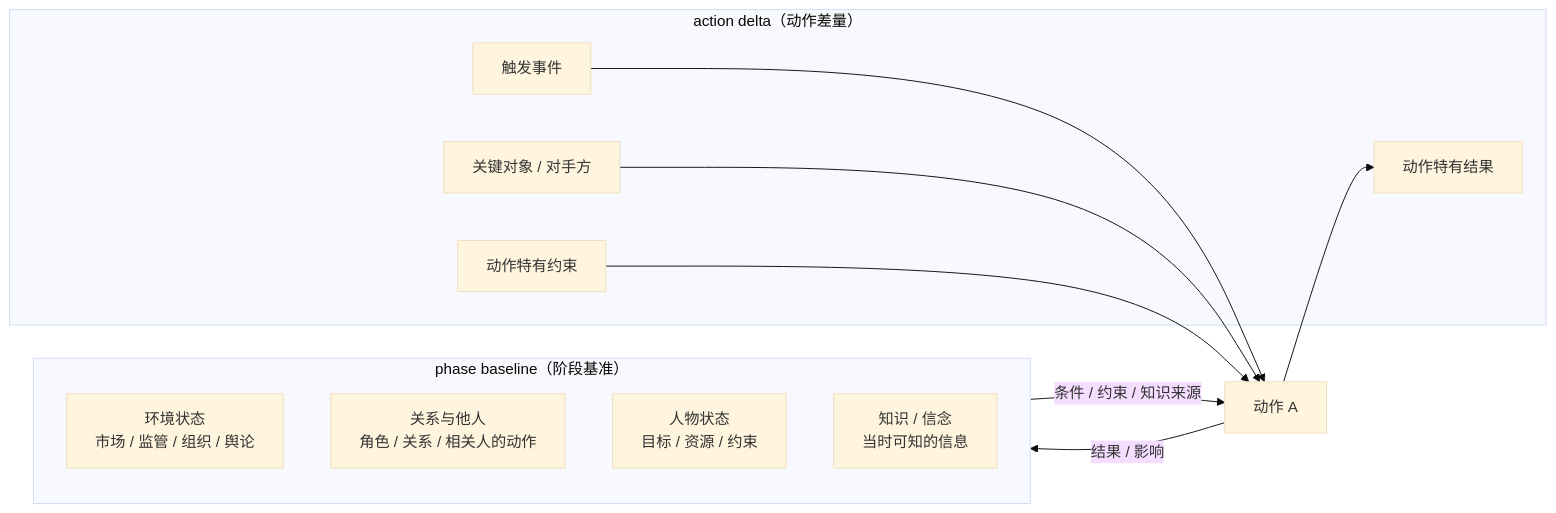
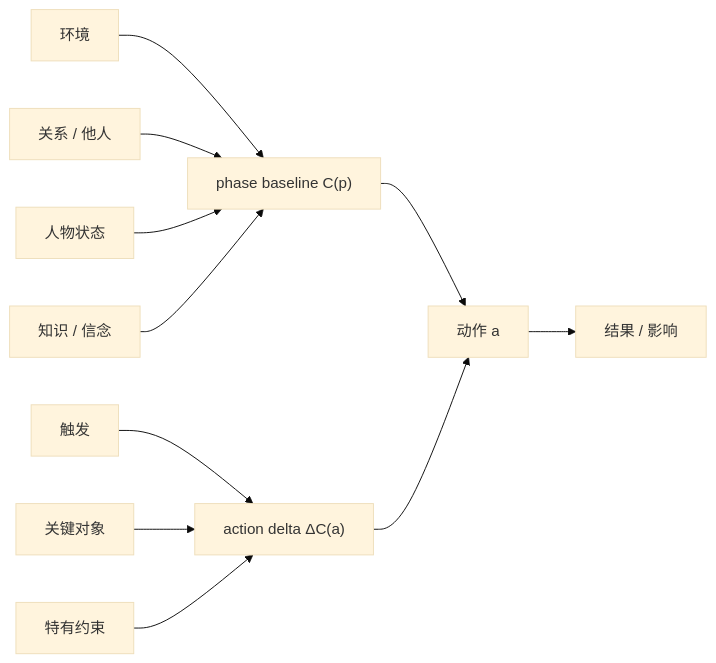
The first of 4 diagrams in docs/structures/3-context-model.md (AgenticFinLab/FinMycelium), drawn with Mermaid (base theme) before and after one commit. The commit also changed other lines of this file and 8 other files, not shown here.

First line of the commit message:
docs: fix Mermaid render errors and simplify framework diagrams

````diff
--- a/docs/structures/3-context-model.md
+++ b/docs/structures/3-context-model.md
@@ -33,22 +33,13 @@
 ```mermaid
 flowchart LR
-    subgraph PB["phase baseline（阶段基准）"]
-        W["环境状态<br/>市场 / 监管 / 组织 / 舆论"]
-        R["关系与他人<br/>角色 / 关系 / 相关人的动作"]
-        P["人物状态<br/>目标 / 资源 / 约束"]
-        K["知识 / 信念<br/>当时可知的信息"]
-    end
-    A["动作 A"]
-    PB -->|条件 / 约束 / 知识来源| A
-    A -->|结果 / 影响| PB
-    subgraph DL["action delta（动作差量）"]
-        T["触发事件"]
-        O["关键对象 / 对手方"]
-        U["动作特有约束"]
-        F["动作特有结果"]
-    end
-    T --> A
-    O --> A
-    U --> A
-    A --> F
+    W["环境"] --> BASE["phase baseline C(p)"]
+    R["关系 / 他人"] --> BASE
+    P["人物状态"] --> BASE
+    K["知识 / 信念"] --> BASE
+    T["触发"] --> DELTA["action delta ΔC(a)"]
+    O["关键对象"] --> DELTA
+    U["特有约束"] --> DELTA
+    BASE --> A["动作 a"]
+    DELTA --> A
+    A --> F["结果 / 影响"]
 ```
````
